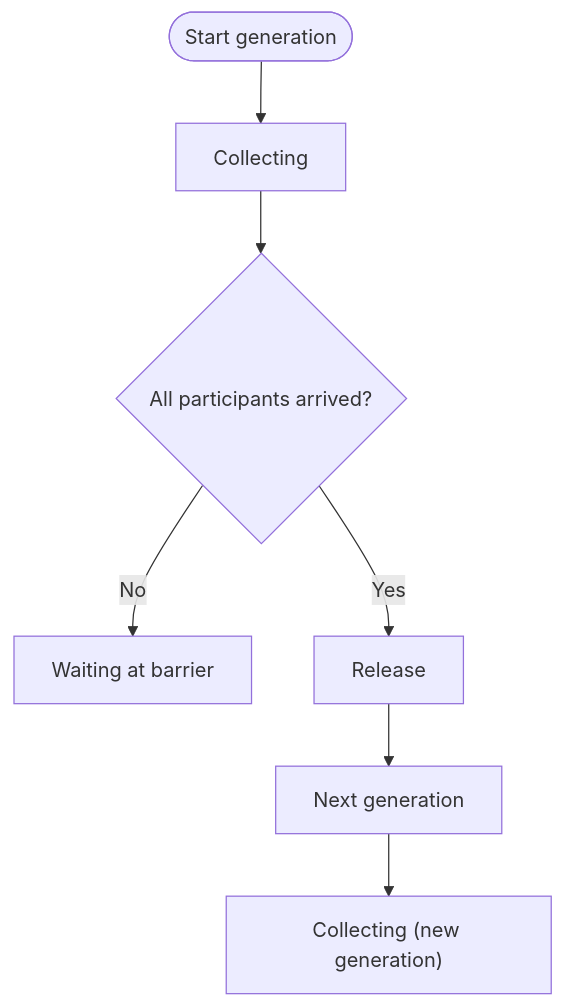
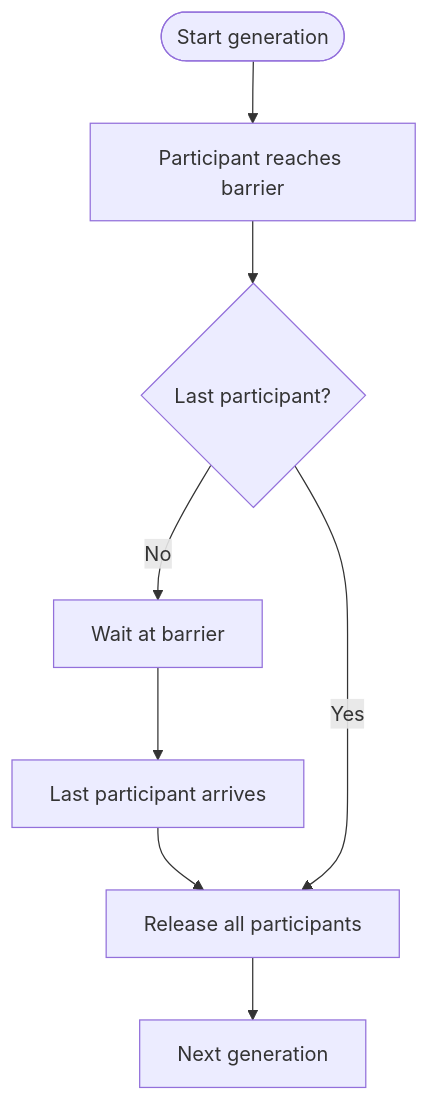
The third of 3 diagrams in phase-01/README-topic-07.md (hai-kevins/embedded-linux), drawn with Mermaid before and after one commit. The commit also changed other lines of this file and 8 other files, not shown here.

````diff
--- a/phase-01/README-topic-07.md
+++ b/phase-01/README-topic-07.md
@@ -954,9 +972,10 @@
 ```mermaid
 flowchart TD
-    Start([Start generation]) --> Collecting["Collecting"]
-    Collecting --> Check{"All participants arrived?"}
-    Check -->|No| Waiting["Waiting at barrier"]
-    Check -->|Yes| Release["Release"]
-    Release --> NextGeneration["Next generation"]
-    NextGeneration --> NewCollecting["Collecting (new generation)"]
+    Start([Start generation]) --> Arrive["Participant reaches barrier"]
+    Arrive --> Check{"Last participant?"}
+    Check -->|No| Wait["Wait at barrier"]
+    Wait --> Last["Last participant arrives"]
+    Last --> Release["Release all participants"]
+    Check -->|Yes| Release
+    Release --> Next["Next generation"]
 ```
````
